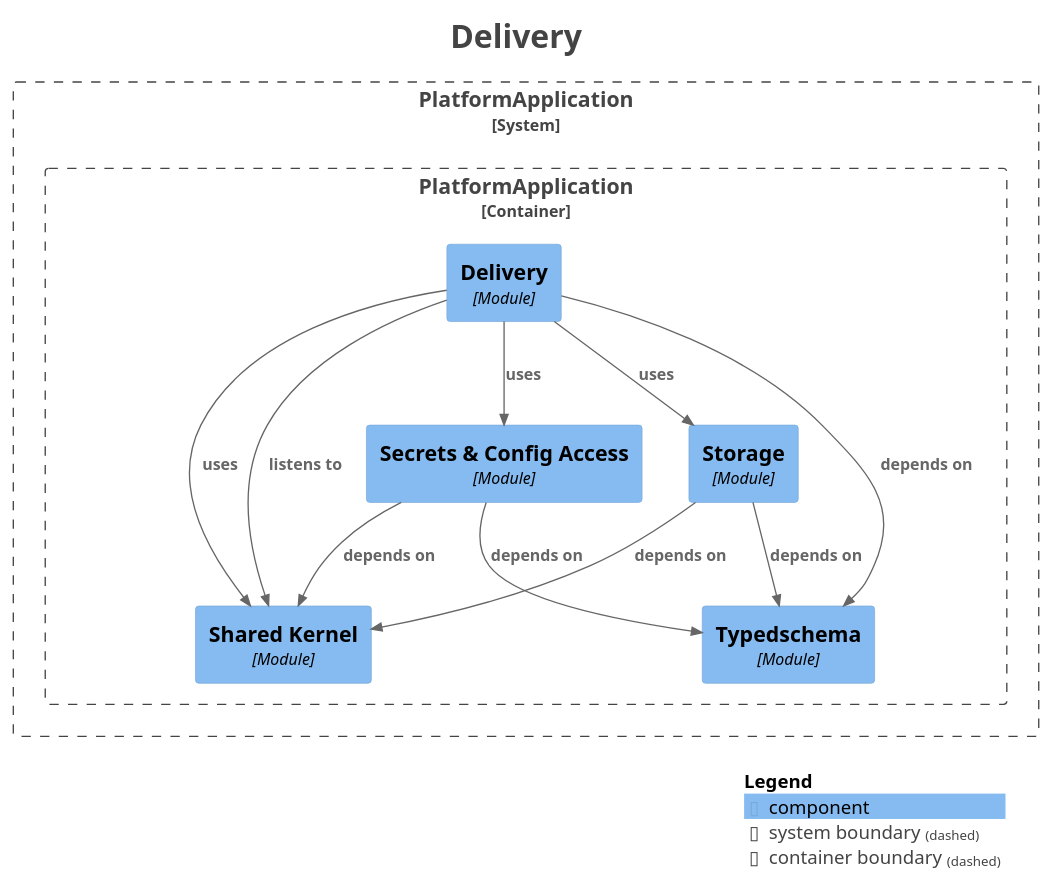
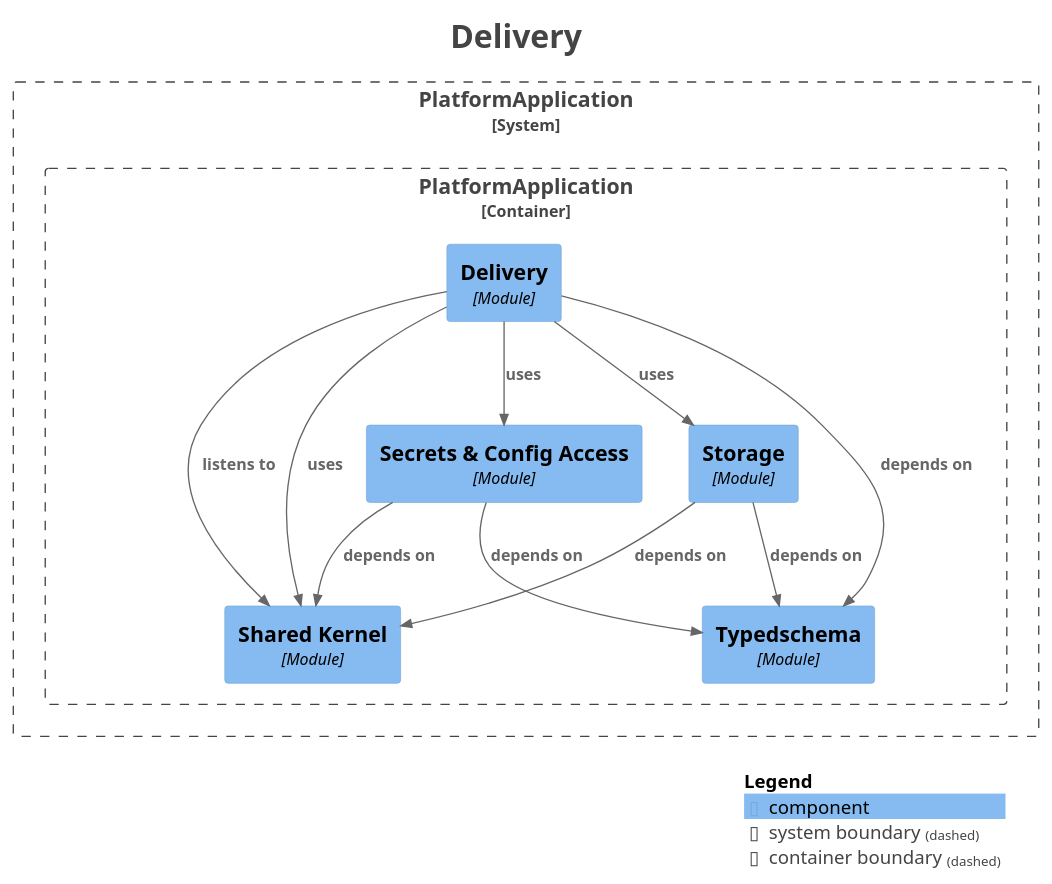
One commit to shangxq007/media-platform changed the diagram in platform-app/docs/architecture/maps/generated/modulith/module-delivery.puml. Above: the diagram before and after it, drawn with PlantUML. The commit also changed other lines of this file and 16 other files, not shown here.

```diff
--- a/platform-app/docs/architecture/maps/generated/modulith/module-delivery.puml
+++ b/platform-app/docs/architecture/maps/generated/modulith/module-delivery.puml
@@ -1,41 +1,41 @@
 @startuml
 title <size:24>Delivery</size>
 
 set separator none
 top to bottom direction
 
 <style>
   root {
     BackgroundColor: #ffffff
     FontColor: #444444
   }
 </style>
 
 !include <C4/C4>
 !include <C4/C4_Context>
 !include <C4/C4_Component>
 
 System_Boundary("PlatformApplication_boundary", "PlatformApplication", $tags="") {
   Container_Boundary("PlatformApplication.PlatformApplication_boundary", "PlatformApplication", $tags="") {
     Component(PlatformApplication.PlatformApplication.SharedKernel, "Shared Kernel", $techn="Module", $descr="", $tags="", $link="")
     Component(PlatformApplication.PlatformApplication.Typedschema, "Typedschema", $techn="Module", $descr="", $tags="", $link="")
     Component(PlatformApplication.PlatformApplication.SecretsConfigAccess, "Secrets & Config Access", $techn="Module", $descr="", $tags="", $link="")
     Component(PlatformApplication.PlatformApplication.Storage, "Storage", $techn="Module", $descr="", $tags="", $link="")
     Component(PlatformApplication.PlatformApplication.Delivery, "Delivery", $techn="Module", $descr="", $tags="", $link="")
   }
 
 }
 
-Rel(PlatformApplication.PlatformApplication.SecretsConfigAccess, PlatformApplication.PlatformApplication.Typedschema, "depends on", $techn="", $tags="", $link="")
-Rel(PlatformApplication.PlatformApplication.SecretsConfigAccess, PlatformApplication.PlatformApplication.SharedKernel, "depends on", $techn="", $tags="", $link="")
-Rel(PlatformApplication.PlatformApplication.Delivery, PlatformApplication.PlatformApplication.SharedKernel, "listens to", $techn="", $tags="", $link="")
-Rel(PlatformApplication.PlatformApplication.Delivery, PlatformApplication.PlatformApplication.Typedschema, "depends on", $techn="", $tags="", $link="")
 Rel(PlatformApplication.PlatformApplication.Delivery, PlatformApplication.PlatformApplication.SecretsConfigAccess, "uses", $techn="", $tags="", $link="")
 Rel(PlatformApplication.PlatformApplication.Delivery, PlatformApplication.PlatformApplication.SharedKernel, "uses", $techn="", $tags="", $link="")
 Rel(PlatformApplication.PlatformApplication.Delivery, PlatformApplication.PlatformApplication.Storage, "uses", $techn="", $tags="", $link="")
+Rel(PlatformApplication.PlatformApplication.SecretsConfigAccess, PlatformApplication.PlatformApplication.Typedschema, "depends on", $techn="", $tags="", $link="")
+Rel(PlatformApplication.PlatformApplication.SecretsConfigAccess, PlatformApplication.PlatformApplication.SharedKernel, "depends on", $techn="", $tags="", $link="")
 Rel(PlatformApplication.PlatformApplication.Storage, PlatformApplication.PlatformApplication.Typedschema, "depends on", $techn="", $tags="", $link="")
 Rel(PlatformApplication.PlatformApplication.Storage, PlatformApplication.PlatformApplication.SharedKernel, "depends on", $techn="", $tags="", $link="")
+Rel(PlatformApplication.PlatformApplication.Delivery, PlatformApplication.PlatformApplication.SharedKernel, "listens to", $techn="", $tags="", $link="")
+Rel(PlatformApplication.PlatformApplication.Delivery, PlatformApplication.PlatformApplication.Typedschema, "depends on", $techn="", $tags="", $link="")
 
 SHOW_LEGEND(true)
 hide stereotypes
 @enduml
```
